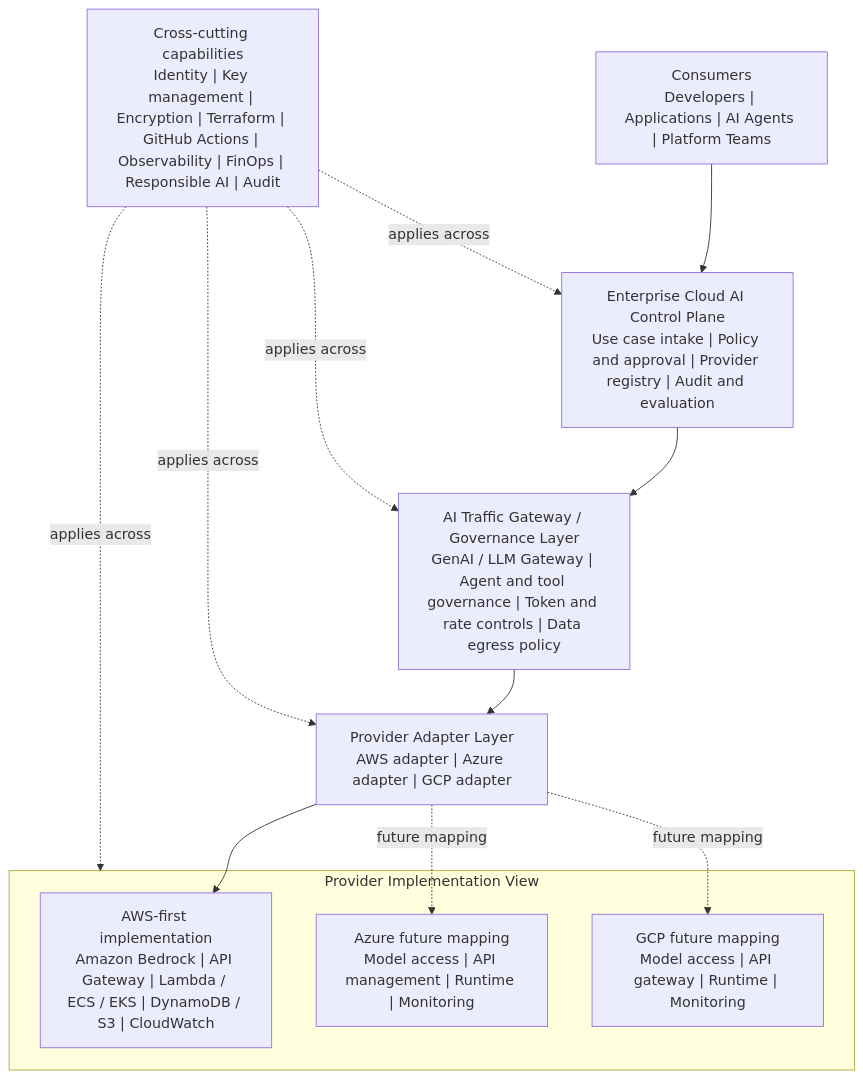
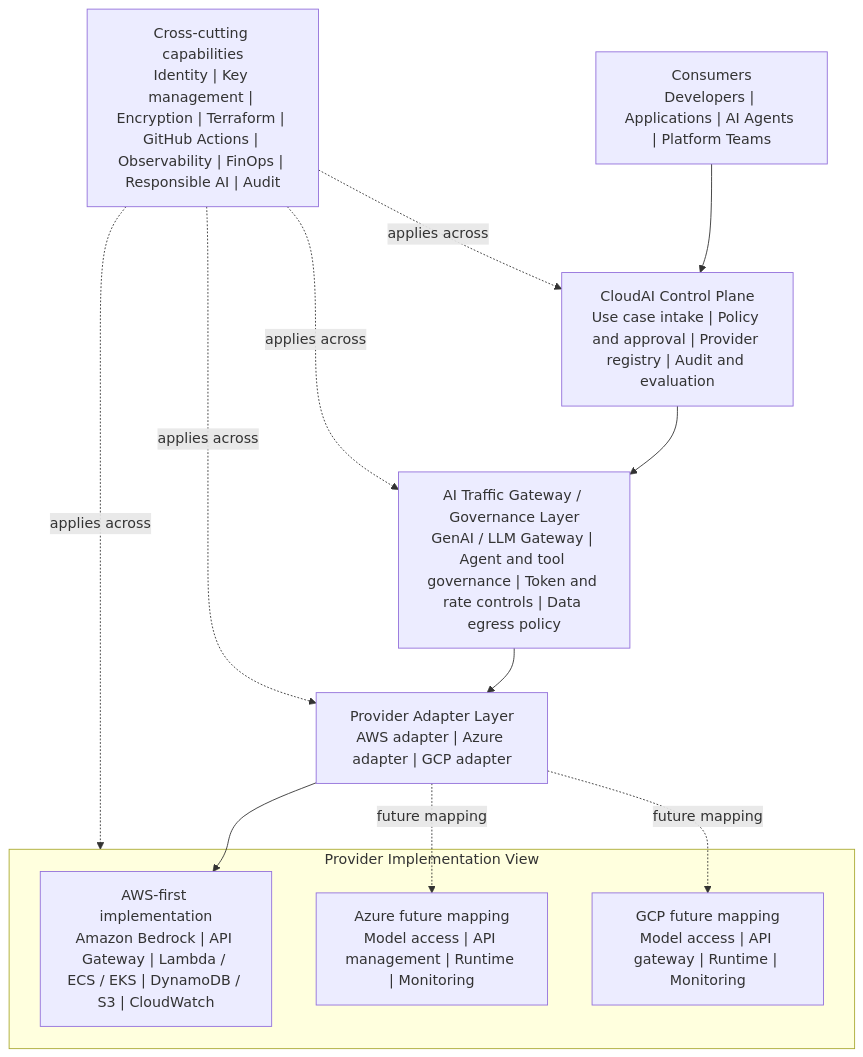
Before and after one commit to afaryy/cloudai-platform: the third of 4 diagrams in docs/architecture.md, drawn with Mermaid. The commit also changed other lines of this file and 2 other files, not shown here.

Commit message:
docs(p1-architecture): refine CloudAI control plane wording

````diff
--- a/docs/architecture.md
+++ b/docs/architecture.md
@@ -111,30 +111,30 @@
 ```mermaid
 flowchart TB
   consumers["Consumers<br/>Developers | Applications | AI Agents | Platform Teams"]
 
-  control["Enterprise Cloud AI Control Plane<br/>Use case intake | Policy and approval | Provider registry | Audit and evaluation"]
+  control["CloudAI Control Plane<br/>Use case intake | Policy and approval | Provider registry | Audit and evaluation"]
 
   governance["AI Traffic Gateway / Governance Layer<br/>GenAI / LLM Gateway | Agent and tool governance | Token and rate controls | Data egress policy"]
 
   adapters["Provider Adapter Layer<br/>AWS adapter | Azure adapter | GCP adapter"]
 
   subgraph providers["Provider Implementation View"]
     aws["AWS-first implementation<br/>Amazon Bedrock | API Gateway | Lambda / ECS / EKS | DynamoDB / S3 | CloudWatch"]
     azure["Azure future mapping<br/>Model access | API management | Runtime | Monitoring"]
     gcp["GCP future mapping<br/>Model access | API gateway | Runtime | Monitoring"]
   end
 
   cross["Cross-cutting capabilities<br/>Identity | Key management | Encryption | Terraform | GitHub Actions | Observability | FinOps | Responsible AI | Audit"]
 
   consumers --> control
   control --> governance
   governance --> adapters
   adapters --> aws
   adapters -. "future mapping" .-> azure
   adapters -. "future mapping" .-> gcp
 
   cross -. "applies across" .-> control
   cross -. "applies across" .-> governance
   cross -. "applies across" .-> adapters
   cross -. "applies across" .-> providers
 ```
````
